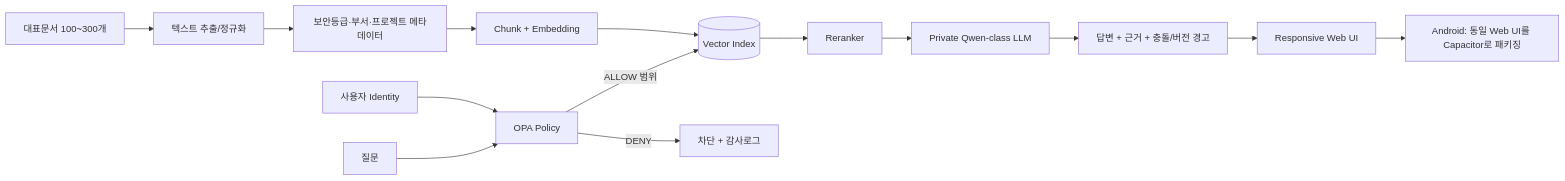
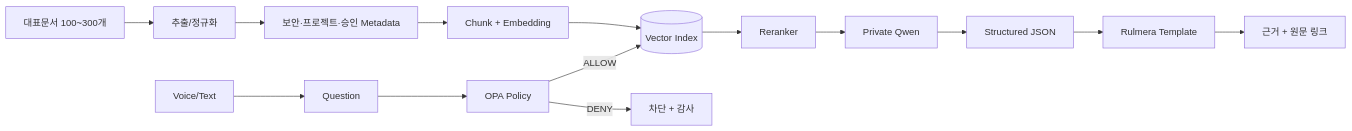
Before and after one commit to hori5000/Rulmera-OPA: the fourth of 4 diagrams in rulmera-enterprise-knowledge/00-프로젝트-홈.md, drawn with Mermaid. The commit also changed other lines of this file and 38 other files, not shown here.

Commit message:
Sync Rulmera-OPA 전체 Vault 2026-09-16 15:48:24

````diff
--- a/rulmera-enterprise-knowledge/00-프로젝트-홈.md
+++ b/rulmera-enterprise-knowledge/00-프로젝트-홈.md
@@ -32,16 +131,16 @@
 ```mermaid
 flowchart LR
-    A[대표문서 100~300개] --> B[텍스트 추출/정규화]
-    B --> C[보안등급·부서·프로젝트 메타데이터]
+    A[대표문서 100~300개] --> B[추출/정규화]
+    B --> C[보안·프로젝트·승인 Metadata]
     C --> D[Chunk + Embedding]
     D --> E[(Vector Index)]
-    U[사용자 Identity] --> P[OPA Policy]
-    Q[질문] --> P
-    P -->|ALLOW 범위| E
-    P -->|DENY| X[차단 + 감사로그]
+    V[Voice/Text] --> Q[Question]
+    Q --> P[OPA Policy]
+    P -->|ALLOW| E
+    P -->|DENY| X[차단 + 감사]
     E --> R[Reranker]
-    R --> L[Private Qwen-class LLM]
-    L --> O[답변 + 근거 + 충돌/버전 경고]
-    O --> W[Responsive Web UI]
-    W --> AOS[Android: 동일 Web UI를 Capacitor로 패키징]
+    R --> L[Private Qwen]
+    L --> J[Structured JSON]
+    J --> W[Rulmera Template]
+    W --> S[근거 + 원문 링크]
 ```
````
